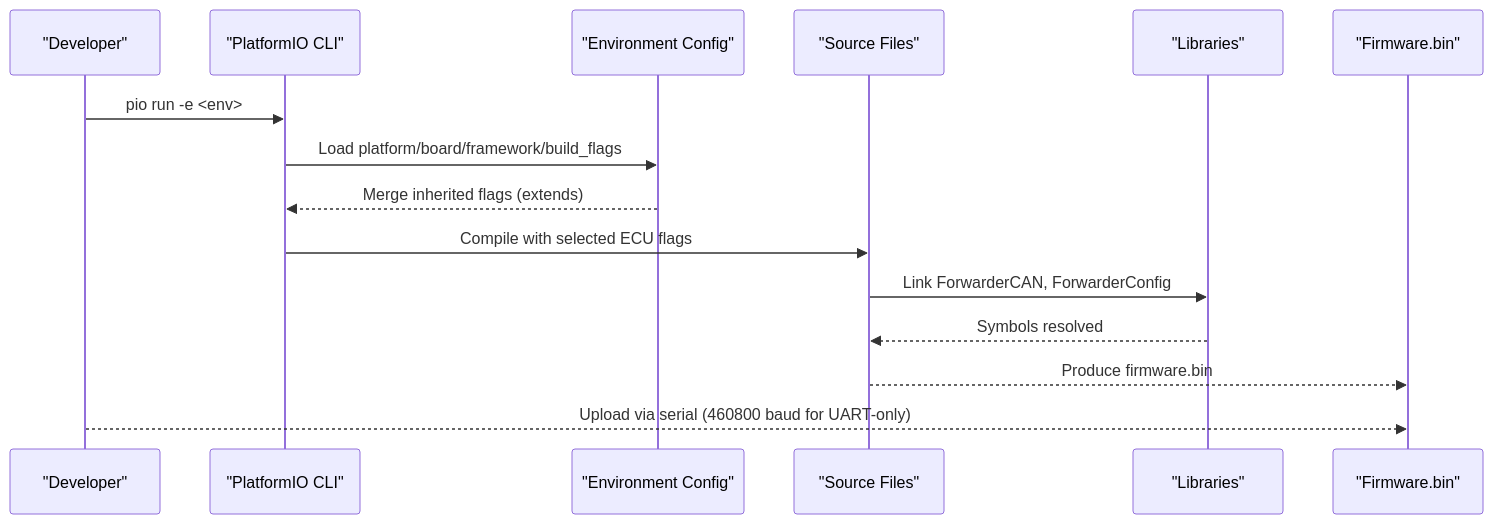
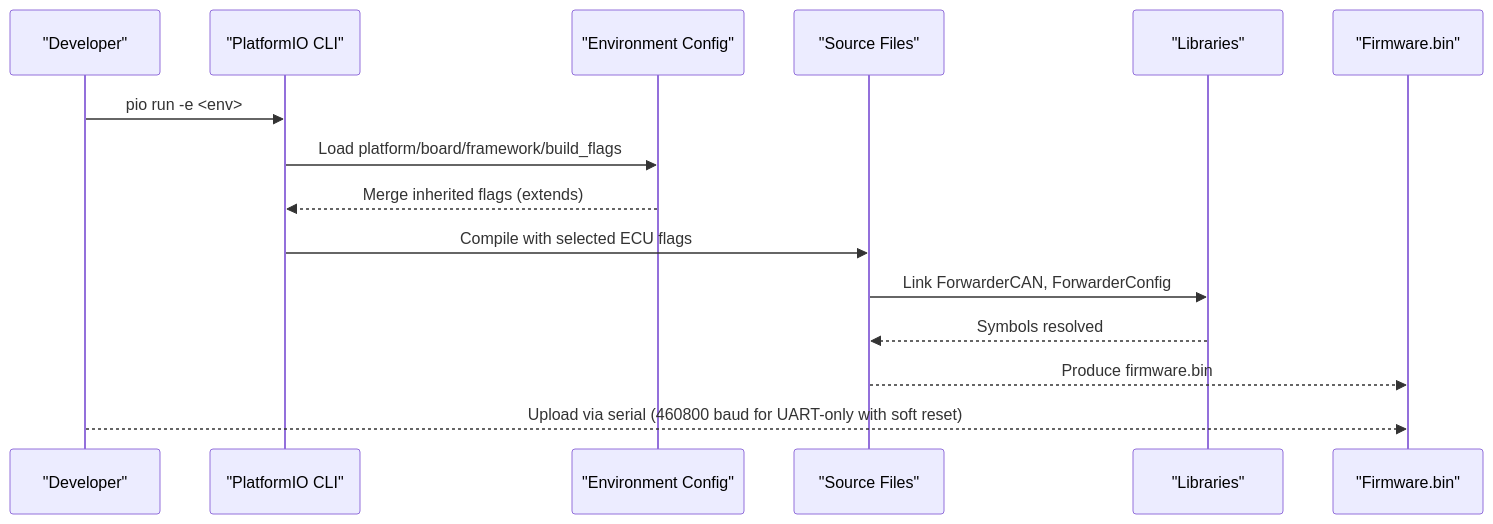
Before and after one commit to gunicsba/ESP_CAN_ECU_joystick_collection: the second of 8 diagrams in .qoder/repowiki/en/content/Software Architecture/Build System Configuration.md, drawn with Mermaid. The commit also changed other lines of this file and 13 other files, not shown here.

````diff
--- a/.qoder/repowiki/en/content/Software Architecture/Build System Configuration.md
+++ b/.qoder/repowiki/en/content/Software Architecture/Build System Configuration.md
@@ -124,17 +126,17 @@
 ```mermaid
 sequenceDiagram
 participant Dev as "Developer"
 participant PIO as "PlatformIO CLI"
 participant Env as "Environment Config"
 participant Src as "Source Files"
 participant Lib as "Libraries"
 participant FW as "Firmware.bin"
 Dev->>PIO : pio run -e <env>
 PIO->>Env : Load platform/board/framework/build_flags
 Env-->>PIO : Merge inherited flags (extends)
 PIO->>Src : Compile with selected ECU flags
 Src->>Lib : Link ForwarderCAN, ForwarderConfig
 Lib-->>Src : Symbols resolved
 Src-->>FW : Produce firmware.bin
-Dev-->>FW : Upload via serial (460800 baud for UART-only)
+Dev-->>FW : Upload via serial (460800 baud for UART-only with soft reset)
 ```
````
